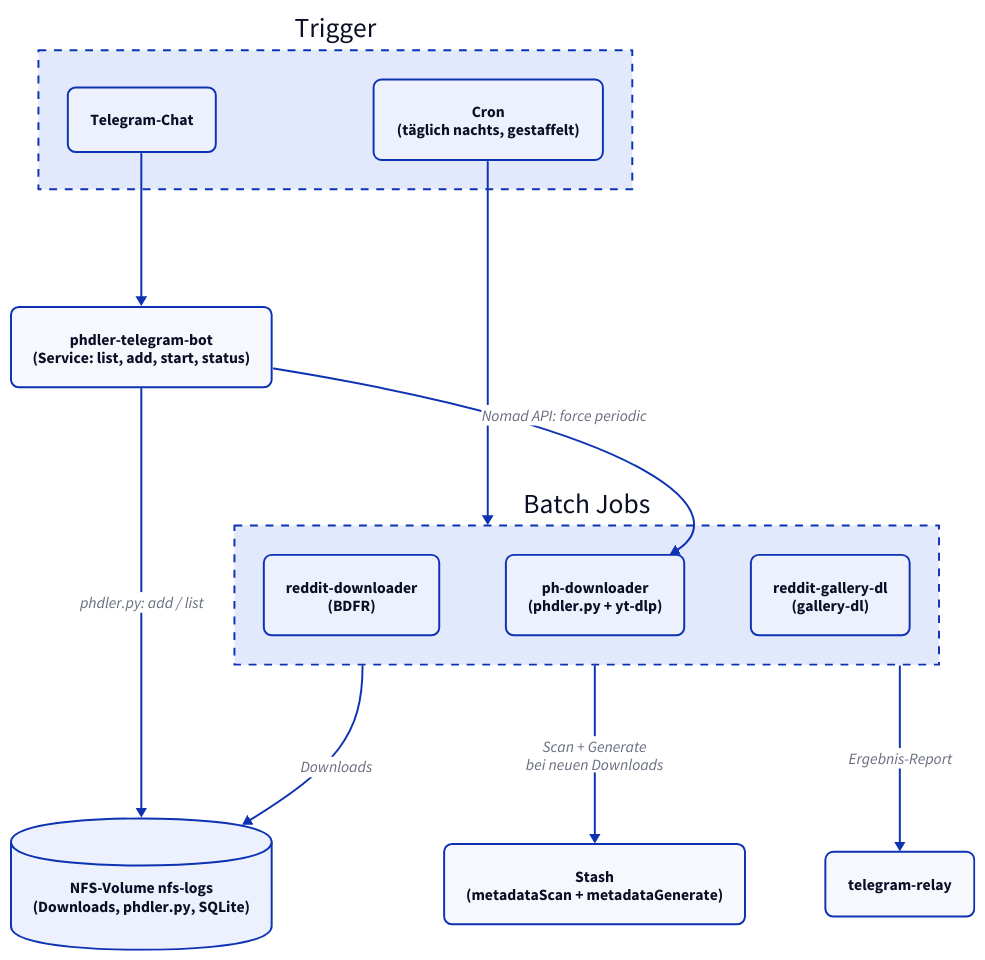
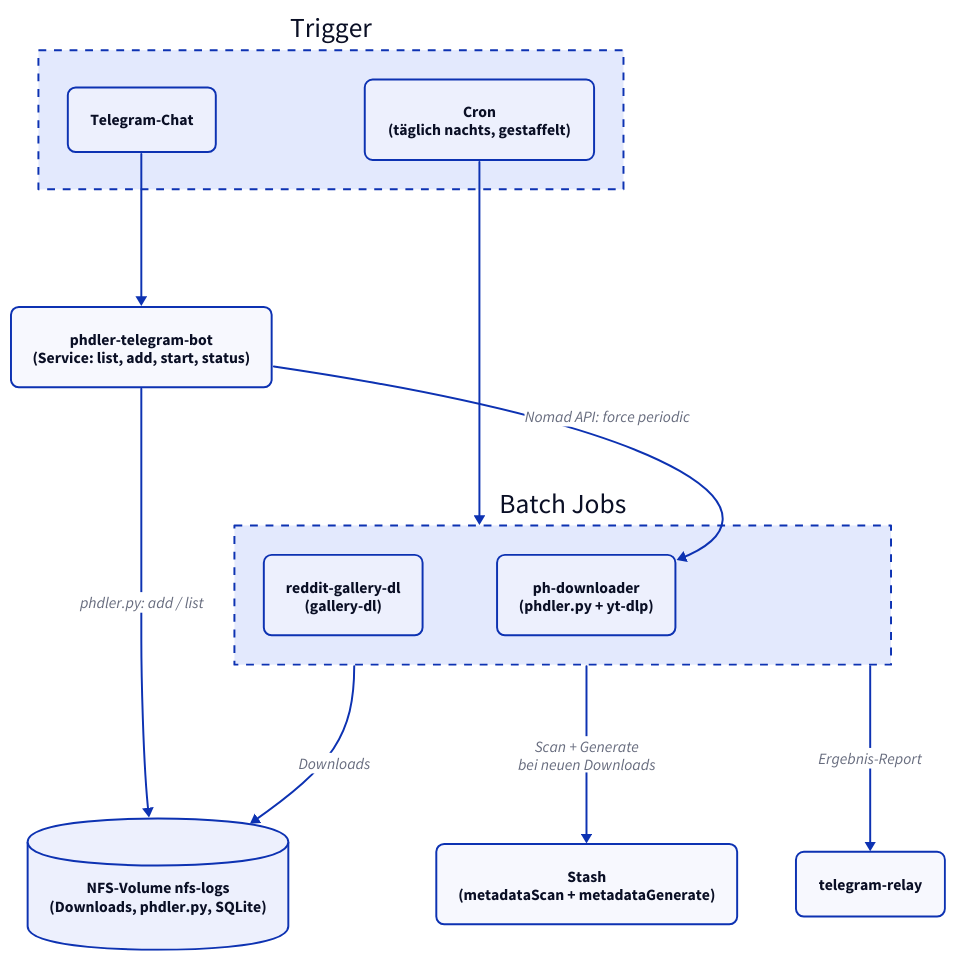
One commit to derever-labs/homelab-wiki changed the diagram in docs/content-pipeline/index.md. Above: the diagram before and after it, drawn with D2. The commit also changed other lines of this file and 5 other files, not shown here.

First line of the commit message:
docs(content-pipeline): BDFR-Job retiren zugunsten gallery-dl (#110)

````diff
--- a/docs/content-pipeline/index.md
+++ b/docs/content-pipeline/index.md
@@ -29,30 +26,29 @@
 ```d2
 direction: down
 
 Trigger: Trigger {
   style.stroke-dash: 4
   CRON: "Cron\n(täglich nachts, gestaffelt)" { style.border-radius: 8 }
   TG: Telegram-Chat { style.border-radius: 8 }
 }
 
 TGBOT: "phdler-telegram-bot\n(Service: list, add, start, status)" { style.border-radius: 8 }
 
 Batch: Batch Jobs {
   style.stroke-dash: 4
-  RD: "reddit-downloader\n(BDFR)" { style.border-radius: 8 }
+  GDL: "reddit-gallery-dl\n(gallery-dl)" { style.border-radius: 8 }
   PH: "ph-downloader\n(phdler.py + yt-dlp)" { style.border-radius: 8 }
-  GDL: "reddit-gallery-dl\n(gallery-dl)" { style.border-radius: 8 }
 }
 
 STASH: "Stash\n(metadataScan + metadataGenerate)" { style.border-radius: 8 }
 NFS: "NFS-Volume nfs-logs\n(Downloads, phdler.py, SQLite)" { shape: cylinder }
 RELAY: telegram-relay { style.border-radius: 8 }
 
 Trigger.CRON -> Batch
 Trigger.TG -> TGBOT
 TGBOT -> Batch.PH: "Nomad API: force periodic"
 TGBOT -> NFS: "phdler.py: add / list"
 Batch -> NFS: Downloads
 Batch -> STASH: "Scan + Generate\nbei neuen Downloads"
 Batch -> RELAY: Ergebnis-Report
 ```
````
